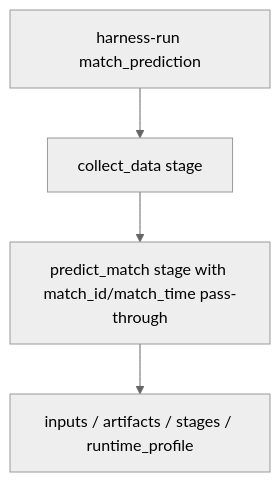
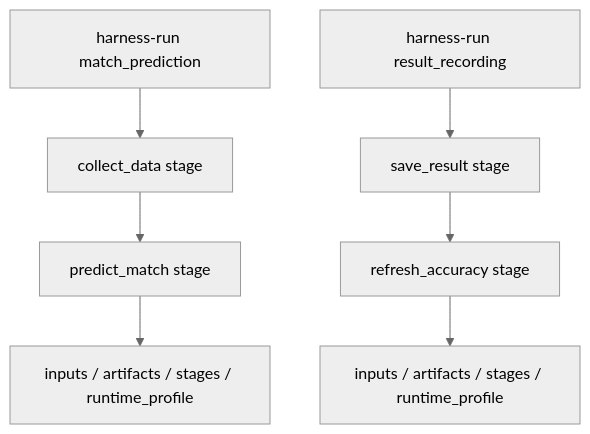
One commit to LorenJun/trae_projects changed the fourth of 5 diagrams in docs/architecture/europe_leagues_architecture.md. Above: the diagram before and after it, drawn with Mermaid (neutral theme). The commit also changed other lines of this file and 8 other files, not shown here.

````diff
--- a/docs/architecture/europe_leagues_architecture.md
+++ b/docs/architecture/europe_leagues_architecture.md
@@ -256,6 +358,10 @@
 ```mermaid
 flowchart TB
   H[harness-run match_prediction] --> S1[collect_data stage]
-  S1 --> S2[predict_match stage with match_id/match_time pass-through]
+  S1 --> S2[predict_match stage]
   S2 --> OUT[inputs / artifacts / stages / runtime_profile]
+
+  R[harness-run result_recording] --> R1[save_result stage]
+  R1 --> R2[refresh_accuracy stage]
+  R2 --> ROUT[inputs / artifacts / stages / runtime_profile]
 ```
````
